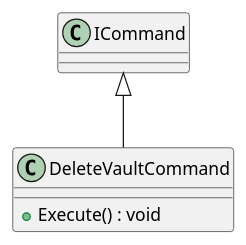
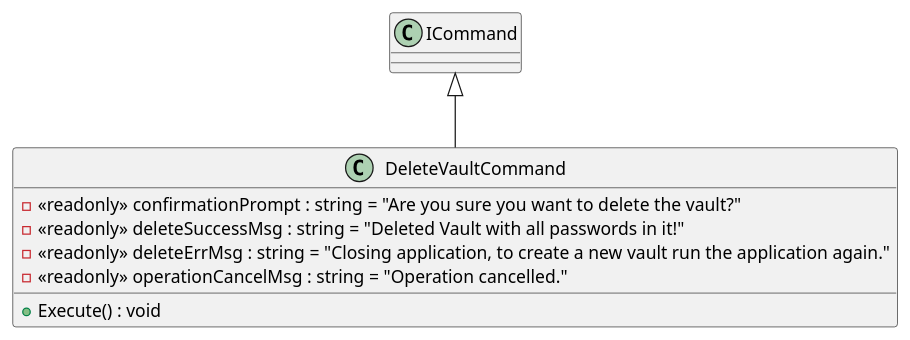
The diagram in uml/src/KeyVaultCli.Application/Vault/Commands/DeleteVault/DeleteVaultCommand.puml (BeierKevin/KeyVaultCLI), drawn with PlantUML before and after one commit. The commit also changed 46 other files, not shown here.

Commit message:
regenerated uml diagrams

```diff
--- a/uml/src/KeyVaultCli.Application/Vault/Commands/DeleteVault/DeleteVaultCommand.puml
+++ b/uml/src/KeyVaultCli.Application/Vault/Commands/DeleteVault/DeleteVaultCommand.puml
@@ -1,6 +1,10 @@
 @startuml
 class DeleteVaultCommand {
+    - <<readonly>> confirmationPrompt : string = "Are you sure you want to delete the vault?"
+    - <<readonly>> deleteSuccessMsg : string = "Deleted Vault with all passwords in it!"
+    - <<readonly>> deleteErrMsg : string = "Closing application, to create a new vault run the application again."
+    - <<readonly>> operationCancelMsg : string = "Operation cancelled."
     + Execute() : void
 }
 ICommand <|-- DeleteVaultCommand
 @enduml
```
